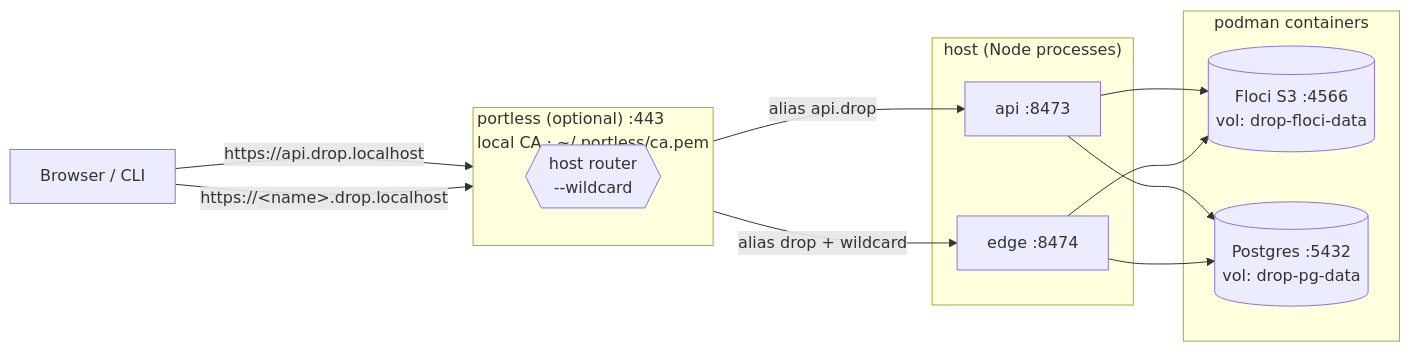
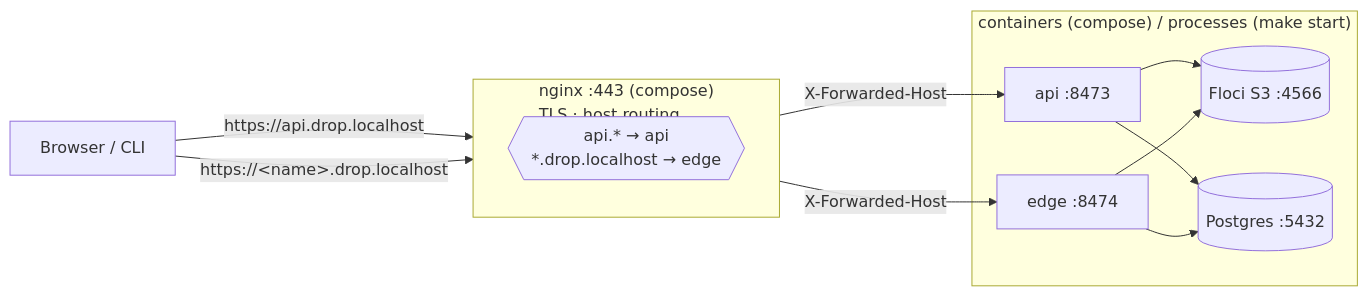
Before and after one commit to abhirathore2006/drop: the fifth of 6 diagrams in docs/ARCHITECTURE.md, drawn with Mermaid. The commit also changed other lines of this file and 11 other files, not shown here.

First line of the commit message:
feat(infra): nginx HTTPS proxy + Postgres in compose; drop portless

````diff
--- a/docs/ARCHITECTURE.md
+++ b/docs/ARCHITECTURE.md
@@ -204,29 +206,26 @@
 ```mermaid
 flowchart LR
     b["Browser / CLI"]
 
-    subgraph pl["portless (optional) :443<br/>local CA · ~/.portless/ca.pem"]
+    subgraph nx["nginx :443 (compose)<br/>TLS · host routing"]
         direction TB
-        r{{"host router<br/>--wildcard"}}
+        r{{"api.* → api<br/>*.drop.localhost → edge"}}
     end
 
-    subgraph host["host (Node processes)"]
+    subgraph svc["containers (compose) / processes (make start)"]
         api["api :8473"]
         edge["edge :8474"]
-    end
-
-    subgraph podman["podman containers"]
-        floci[("Floci S3 :4566<br/>vol: drop-floci-data")]
-        pg[("Postgres :5432<br/>vol: drop-pg-data")]
+        floci[("Floci S3 :4566")]
+        pg[("Postgres :5432")]
     end
 
     b -->|"https://api.drop.localhost"| r
     b -->|"https://&lt;name&gt;.drop.localhost"| r
-    r -->|"alias api.drop"| api
-    r -->|"alias drop + wildcard"| edge
+    r -->|"X-Forwarded-Host"| api
+    r -->|"X-Forwarded-Host"| edge
 
     api --> floci
     api --> pg
     edge --> floci
     edge --> pg
 ```
````
